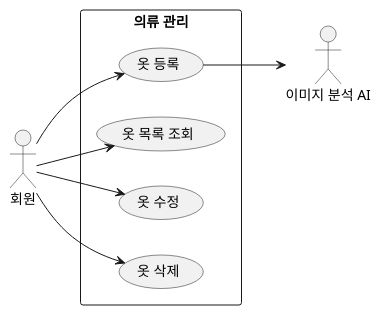
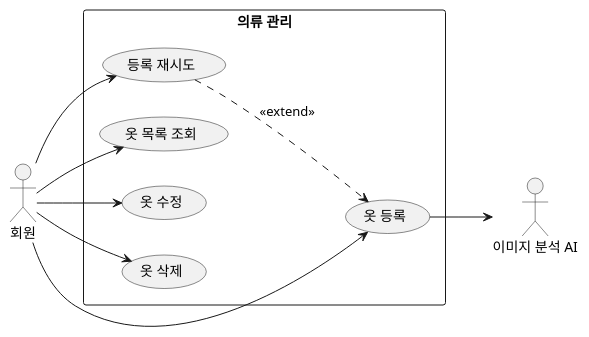
The diagram in src/content/docs/use-cases/5/index.md (wzrabbit/closet-fairy-diagrams), drawn with PlantUML before and after one commit. The commit also changed 2 other files, not shown here.

Commit message:
docs: 등록 재시도를 옷 등록을 확장하는 유스케이스로 드러냄

````diff
--- a/src/content/docs/use-cases/5/index.md
+++ b/src/content/docs/use-cases/5/index.md
@@ -18,23 +18,26 @@
 ```plantuml
 @startuml
 left to right direction
 skinparam packageStyle rectangle
 skinparam shadowing false
 
 actor "회원" as Member
 actor "이미지 분석 AI" as Vision
 
 rectangle "의류 관리" {
   usecase "옷 등록" as Create
+  usecase "등록 재시도" as Retry
   usecase "옷 목록 조회" as Read
   usecase "옷 수정" as Update
   usecase "옷 삭제" as Delete
 }
 
 Member --> Create
+Member --> Retry
 Member --> Read
 Member --> Update
 Member --> Delete
 Create --> Vision
+Retry ..> Create : <<extend>>
 @enduml
 ```
````
